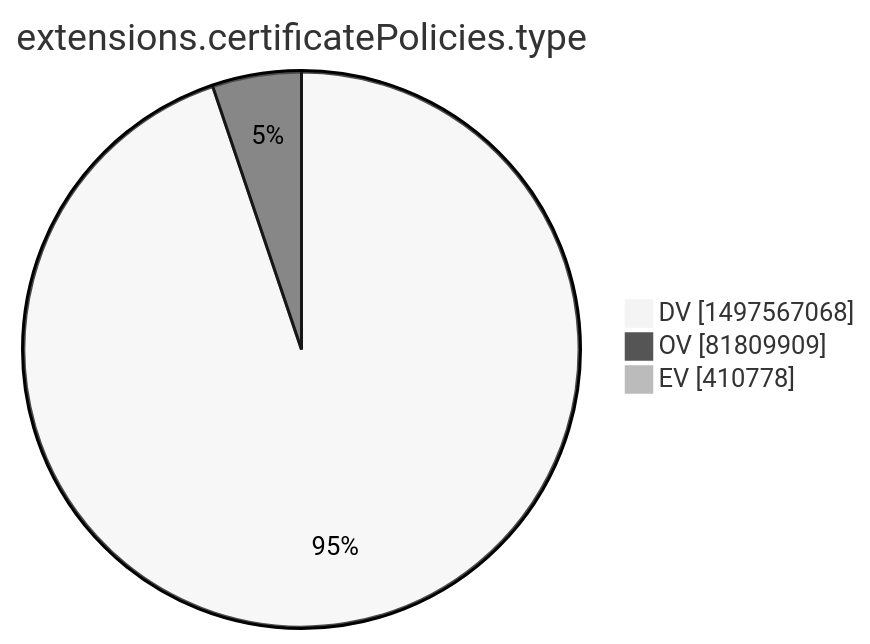
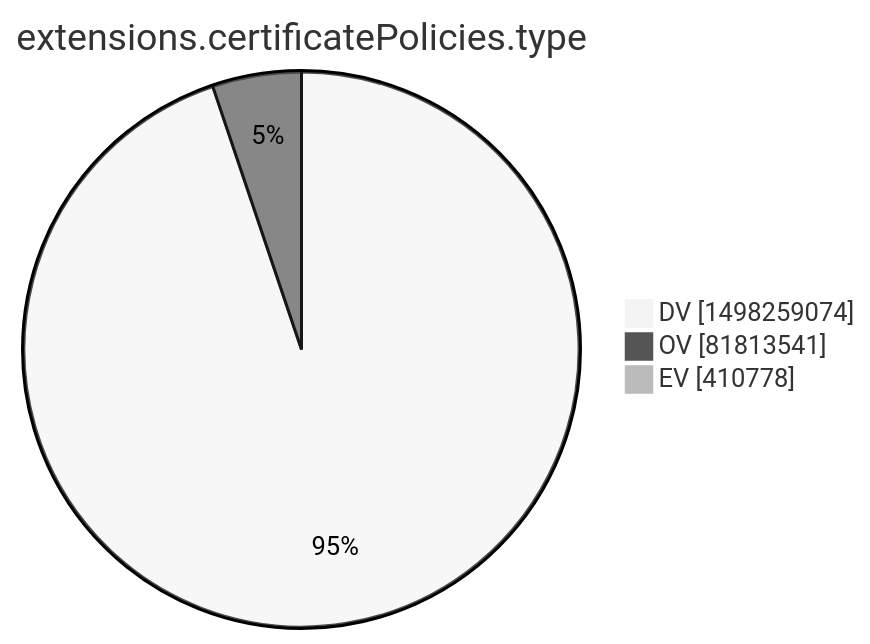
Before and after one commit to christiankrug/ctmonitor_visualization: the tenth of 15 diagrams in xenon2022/README.md, drawn with Mermaid (neutral theme). The commit also changed other lines of this file, not shown here.

````diff
--- a/xenon2022/README.md
+++ b/xenon2022/README.md
@@ -2874,7 +2874,7 @@
 ```mermaid
 pie showData
 title extensions.certificatePolicies.type
-"DV" :1497567068
-"OV" :81809909
+"DV" :1498259074
+"OV" :81813541
 "EV" :410778
 ```
````
